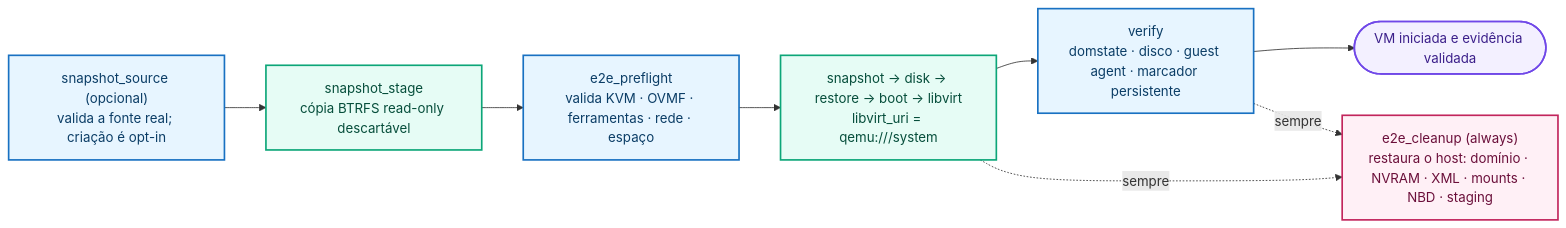
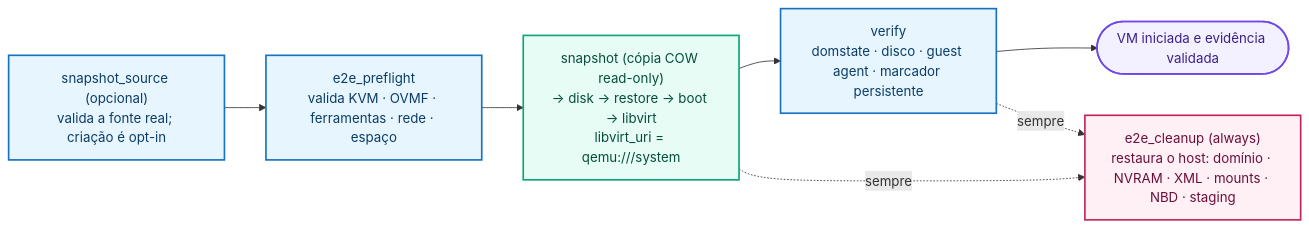
Before and after one commit to fabianoflorentino/arch-timeshift-vm: the second of 2 diagrams in docs/ARCHITECTURE.md, drawn with Mermaid. The commit also changed other lines of this file and 6 other files, not shown here.

````diff
--- a/docs/ARCHITECTURE.md
+++ b/docs/ARCHITECTURE.md
@@ -26,19 +26,18 @@
 ```mermaid
 flowchart LR
     SS["snapshot_source (opcional)<br/>valida a fonte real; criação é opt-in"]:::ro
-    SG["snapshot_stage<br/>cópia BTRFS read-only descartável"]:::rw
     PF["e2e_preflight<br/>valida KVM · OVMF · ferramentas · rede · espaço"]:::ro
-    PIPE["snapshot → disk → restore → boot → libvirt<br/>libvirt_uri = qemu:///system"]:::rw
+    PIPE["snapshot (cópia COW read-only)<br/>→ disk → restore → boot → libvirt<br/>libvirt_uri = qemu:///system"]:::rw
     VF["verify<br/>domstate · disco · guest agent · marcador persistente"]:::ro
     CL["e2e_cleanup (always)<br/>restaura o host: domínio · NVRAM · XML · mounts · NBD · staging"]:::danger
 
-    SS --> SG --> PF --> PIPE
+    SS --> PF --> PIPE
     PIPE --> VF --> EV(["VM iniciada e evidência validada"]):::done
     PIPE -. "sempre" .-> CL
     VF -. "sempre" .-> CL
 
     classDef ro fill:#e7f5ff,stroke:#1971c2,stroke-width:2px,color:#0b3d66
     classDef rw fill:#e6fcf5,stroke:#0ca678,stroke-width:2px,color:#064e3b
     classDef done fill:#f3f0ff,stroke:#7048e8,stroke-width:2px,color:#3b1f8a
     classDef danger fill:#fff0f6,stroke:#c2255c,stroke-width:2px,color:#6b0f3a
 ```
````
